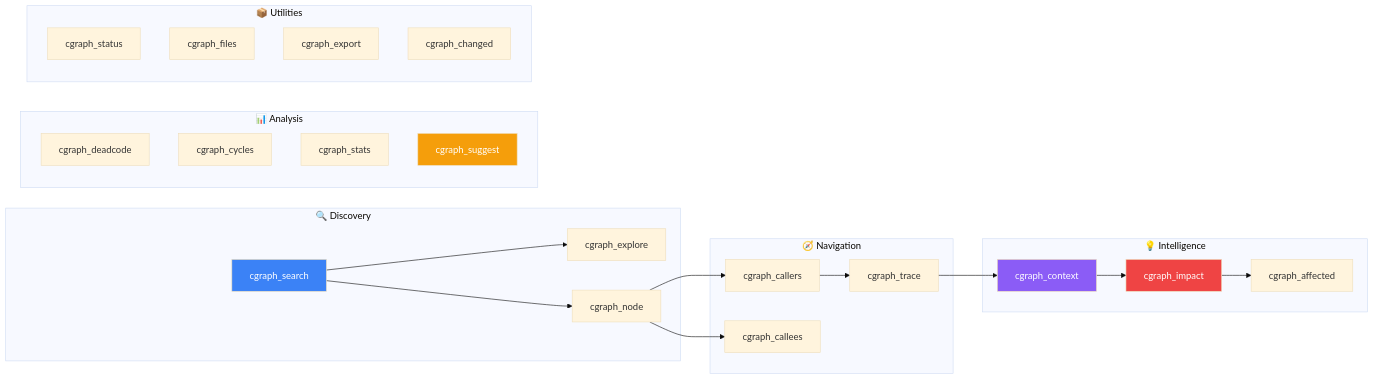
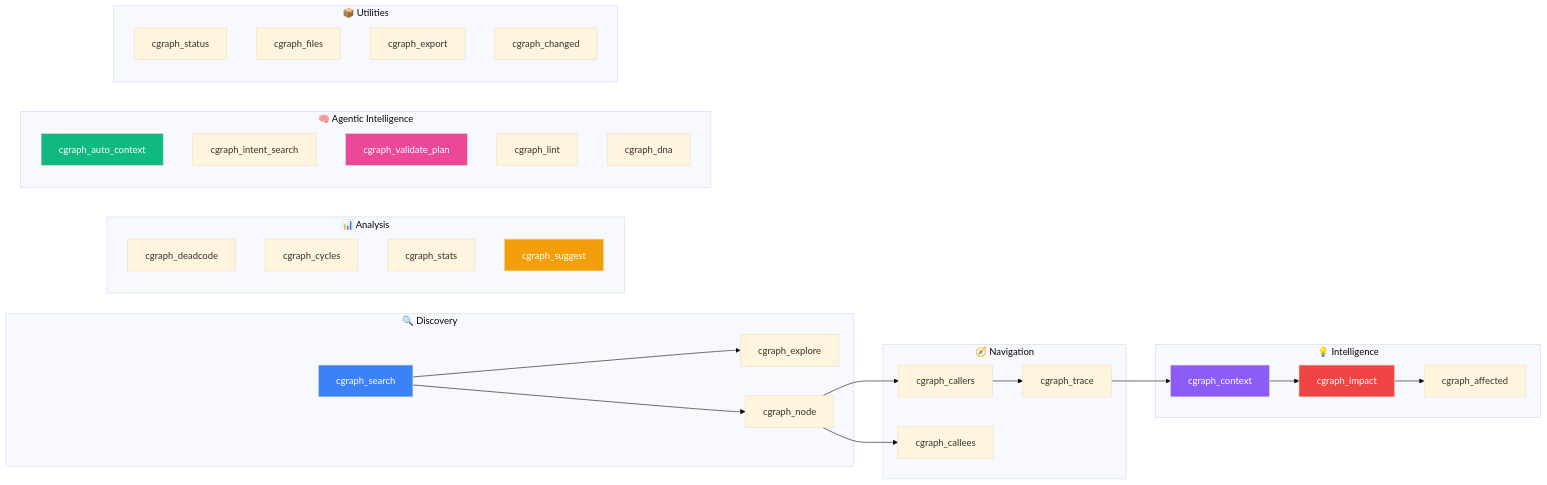
Before and after one commit to samarth-w/agent_graph: the first of 2 diagrams in README.md, drawn with Mermaid (base theme). The commit also changed other lines of this file, not shown here.

Commit message:
docs: update README — 22 tools, 216 tests, agentic intelligence section

````diff
--- a/README.md
+++ b/README.md
@@ -174,34 +174,43 @@
 ```mermaid
 graph LR
     subgraph "🔍 Discovery"
         A[cgraph_search] --> B[cgraph_explore]
         A --> C[cgraph_node]
     end
     subgraph "🧭 Navigation"
         C --> D[cgraph_callers]
         C --> E[cgraph_callees]
         D --> F[cgraph_trace]
     end
     subgraph "💡 Intelligence"
         F --> G[cgraph_context]
         G --> H[cgraph_impact]
         H --> I[cgraph_affected]
     end
     subgraph "📊 Analysis"
         J[cgraph_deadcode]
         K[cgraph_cycles]
         L[cgraph_stats]
         M[cgraph_suggest]
     end
+    subgraph "🧠 Agentic Intelligence"
+        R[cgraph_auto_context]
+        S[cgraph_intent_search]
+        T[cgraph_validate_plan]
+        U[cgraph_lint]
+        V[cgraph_dna]
+    end
     subgraph "📦 Utilities"
         N[cgraph_status]
         O[cgraph_files]
         P[cgraph_export]
         Q[cgraph_changed]
     end
 
     style A fill:#3B82F6,color:#fff
     style G fill:#8B5CF6,color:#fff
     style H fill:#EF4444,color:#fff
     style M fill:#F59E0B,color:#fff
+    style R fill:#10B981,color:#fff
+    style T fill:#EC4899,color:#fff
 ```
````
